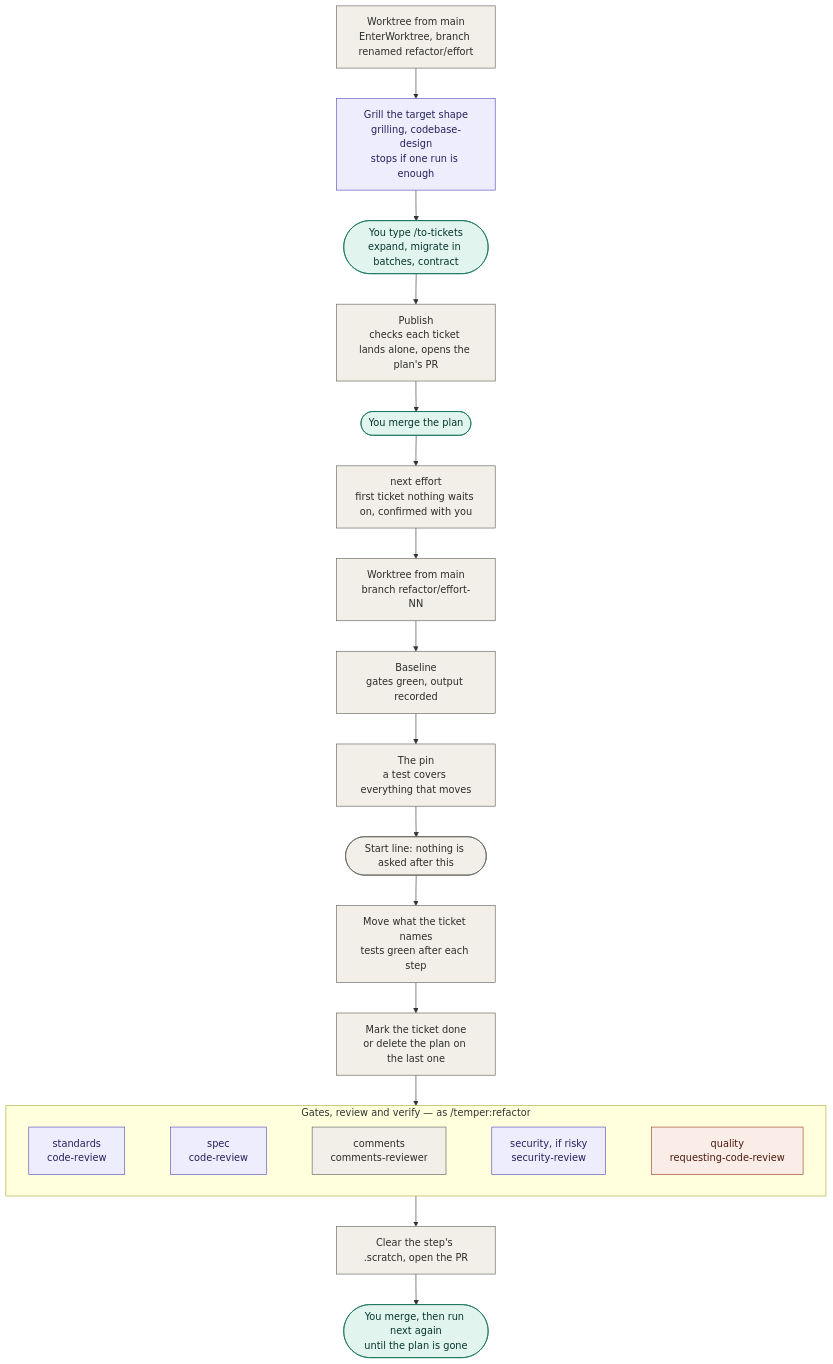
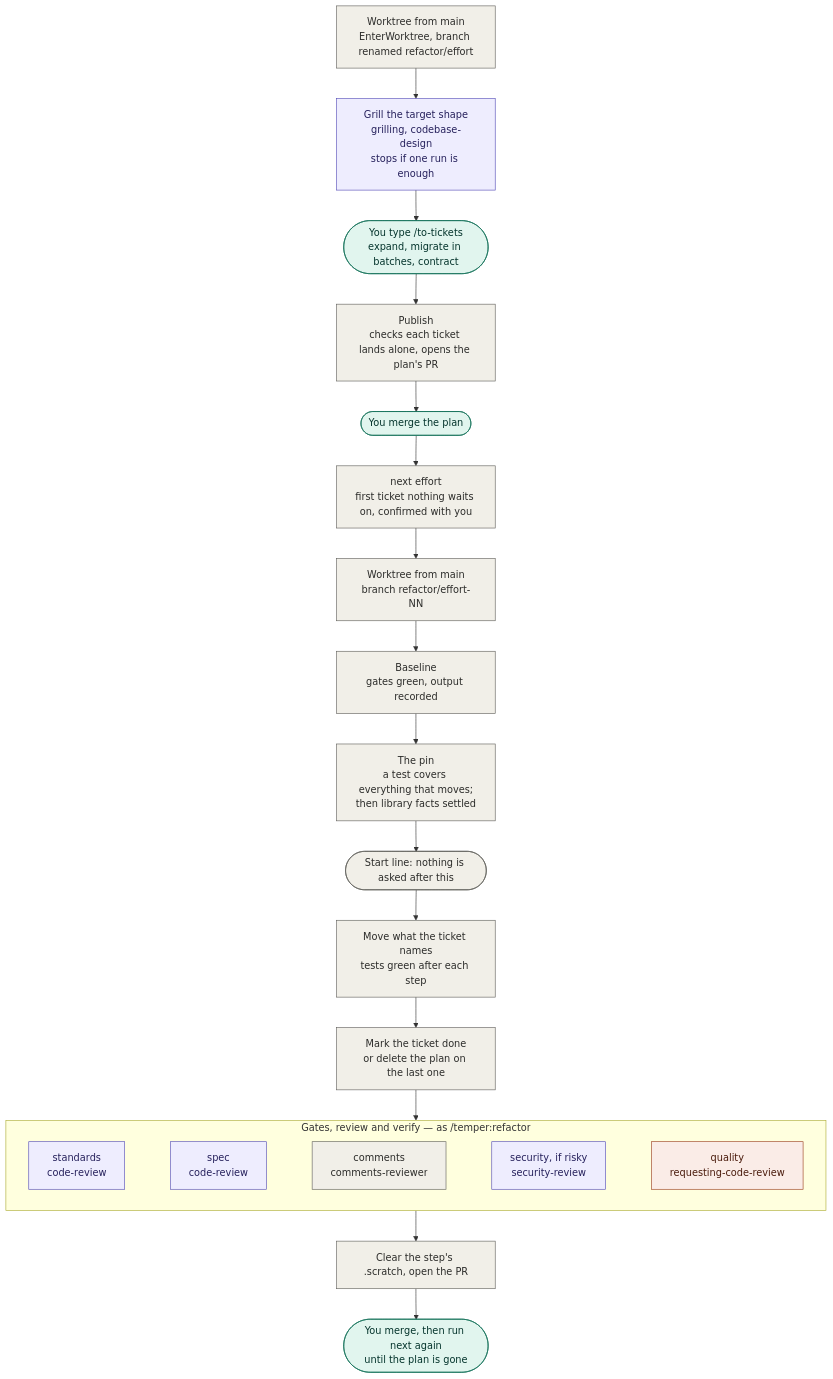
One commit to junayed711/temper changed the fourth of 5 diagrams in README.md. Above: the diagram before and after it, drawn with Mermaid. The commit also changed other lines of this file and 3 other files, not shown here.

Commit message:
settle library facts before the start line, so a run rarely stops once under way

````diff
--- a/README.md
+++ b/README.md
@@ -428,35 +430,35 @@
 ```mermaid
 flowchart TD
     wt["Worktree from main<br/>EnterWorktree, branch renamed refactor/effort"]:::temper
     grill["Grill the target shape<br/>grilling, codebase-design<br/>stops if one run is enough"]:::matt
     tickets(["You type /to-tickets<br/>expand, migrate in batches, contract"]):::you
     publish["Publish<br/>checks each ticket lands alone, opens the plan's PR"]:::temper
     mergeplan(["You merge the plan"]):::you
     next["next effort<br/>first ticket nothing waits on, confirmed with you"]:::temper
     wt2["Worktree from main<br/>branch refactor/effort-NN"]:::temper
     base["Baseline<br/>gates green, output recorded"]:::temper
-    pin["The pin<br/>a test covers everything that moves"]:::temper
+    pin["The pin<br/>a test covers everything that moves;<br/>then library facts settled"]:::temper
     go(["Start line: nothing is asked after this"]):::temper
     move["Move what the ticket names<br/>tests green after each step"]:::temper
     mark["Mark the ticket done<br/>or delete the plan on the last one"]:::temper
 
     subgraph panel["Gates, review and verify — as /temper:refactor"]
         direction LR
         r1["standards<br/>code-review"]:::matt
         r2["spec<br/>code-review"]:::matt
         r3["comments<br/>comments-reviewer"]:::temper
         r4["security, if risky<br/>security-review"]:::matt
         r5["quality<br/>requesting-code-review"]:::sp
         r1 ~~~ r2 ~~~ r3 ~~~ r4 ~~~ r5
     end
 
     pr["Clear the step's .scratch, open the PR"]:::temper
     merge(["You merge, then run next again<br/>until the plan is gone"]):::you
 
     wt --> grill --> tickets --> publish --> mergeplan --> next --> wt2 --> base --> pin --> go --> move --> mark --> panel --> pr --> merge
 
     classDef matt fill:#EEEDFE,stroke:#534AB7,color:#26215C
     classDef sp fill:#FAECE7,stroke:#993C1D,color:#4A1B0C
     classDef you fill:#E1F5EE,stroke:#0F6E56,color:#04342C
     classDef temper fill:#F1EFE8,stroke:#5F5E5A,color:#2C2C2A
 ```
````
